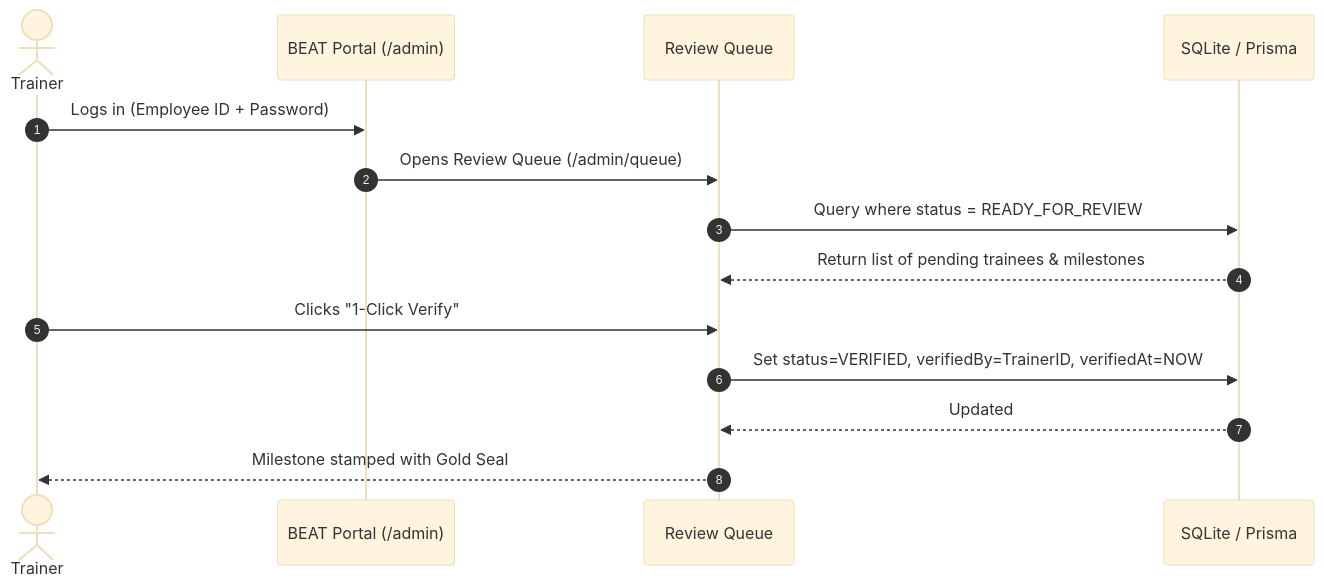
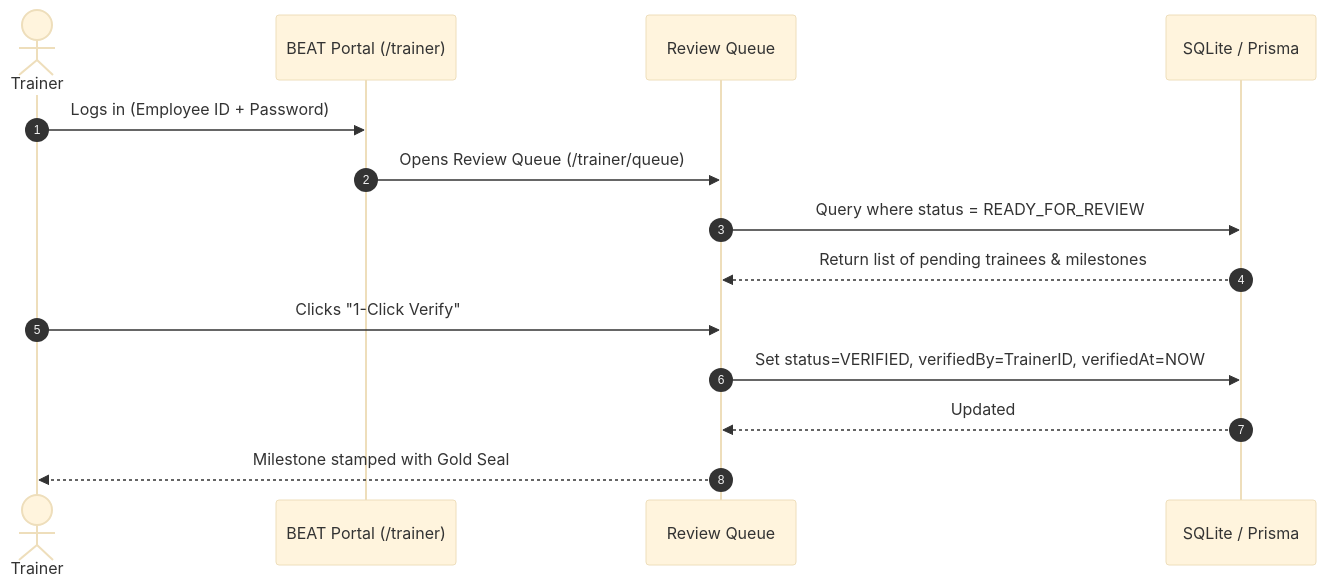
One commit to jimcsy/Passport-TBG changed the second of 2 diagrams in architecture.md. Above: the diagram before and after it, drawn with Mermaid (base theme). The commit also changed other lines of this file and 28 other files, not shown here.

````diff
--- a/architecture.md
+++ b/architecture.md
@@ -255,17 +248,17 @@
 ```mermaid
 sequenceDiagram
     autonumber
     actor Trainer
-    participant Admin as BEAT Portal (/admin)
+    participant Admin as BEAT Portal (/trainer)
     participant Queue as Review Queue
     participant DB as SQLite / Prisma
 
     Trainer->>Admin: Logs in (Employee ID + Password)
-    Admin->>Queue: Opens Review Queue (/admin/queue)
+    Admin->>Queue: Opens Review Queue (/trainer/queue)
     Queue->>DB: Query where status = READY_FOR_REVIEW
     DB-->>Queue: Return list of pending trainees & milestones
     Trainer->>Queue: Clicks "1-Click Verify"
     Queue->>DB: Set status=VERIFIED, verifiedBy=TrainerID, verifiedAt=NOW
     DB-->>Queue: Updated
     Queue-->>Trainer: Milestone stamped with Gold Seal
 ```
````
